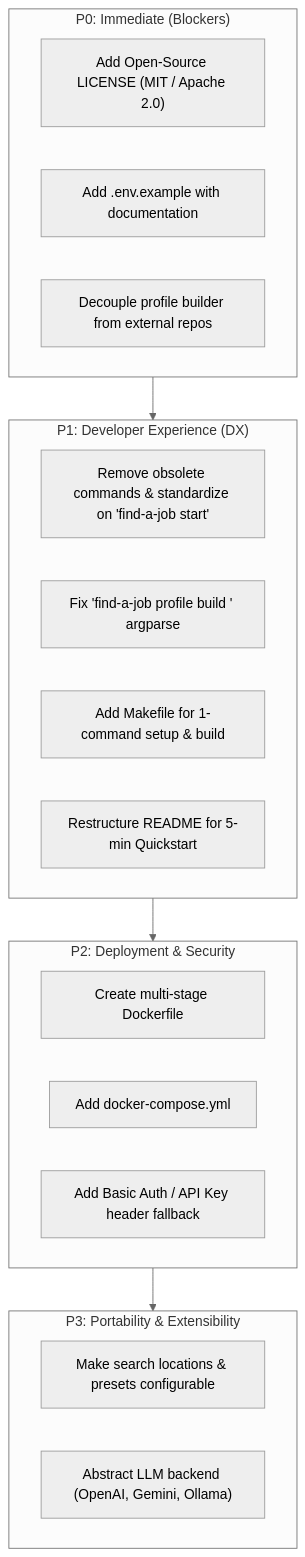
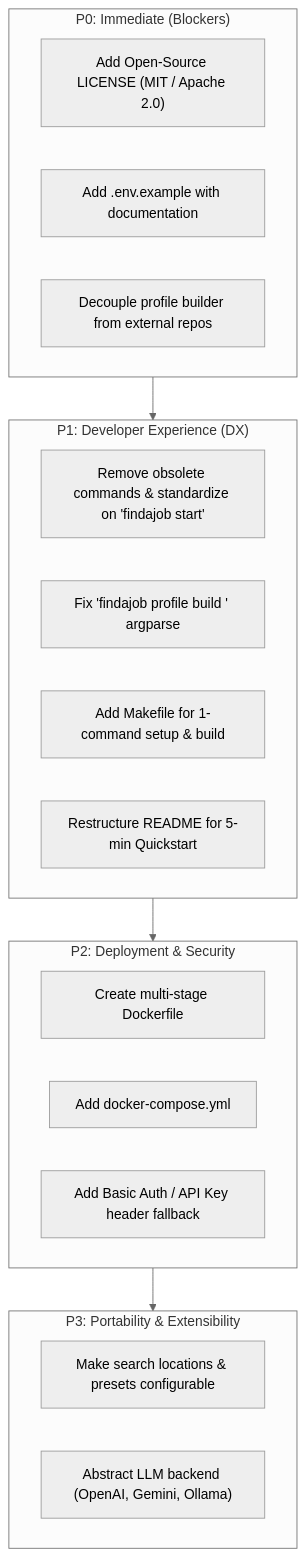
The diagram in docs/github_readiness_roadmap.md (anttihil/findajob), drawn with Mermaid (neutral theme) before and after one commit. The commit also changed other lines of this file and 18 other files, not shown here.

````diff
--- a/docs/github_readiness_roadmap.md
+++ b/docs/github_readiness_roadmap.md
@@ -25,30 +25,30 @@
 ```mermaid
 flowchart TD
     P0["P0: Legal & First-Run Onboarding"] --> P1["P1: CLI, Build & Documentation Sync"]
     P1 --> P2["P2: Docker & Flexible Auth"]
     P2 --> P3["P3: Localization & Multi-LLM Support"]
 
     subgraph P0["P0: Immediate (Blockers)"]
         A1["Add Open-Source LICENSE (MIT / Apache 2.0)"]
         A2["Add .env.example with documentation"]
         A3["Decouple profile builder from external repos"]
     end
 
     subgraph P1["P1: Developer Experience (DX)"]
-        B1["Remove obsolete commands & standardize on 'find-a-job start'"]
-        B2["Fix 'find-a-job profile build <file>' argparse"]
+        B1["Remove obsolete commands & standardize on 'findajob start'"]
+        B2["Fix 'findajob profile build <file>' argparse"]
         B3["Add Makefile for 1-command setup & build"]
         B4["Restructure README for 5-min Quickstart"]
     end
 
     subgraph P2["P2: Deployment & Security"]
         C1["Create multi-stage Dockerfile"]
         C2["Add docker-compose.yml"]
         C3["Add Basic Auth / API Key header fallback"]
     end
 
     subgraph P3["P3: Portability & Extensibility"]
         D1["Make search locations & presets configurable"]
         D2["Abstract LLM backend (OpenAI, Gemini, Ollama)"]
     end
 ```
````
